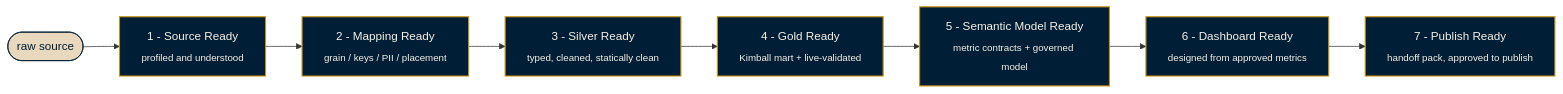
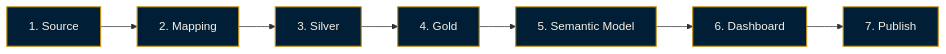
Before and after one commit to ahmed-shaaban-94/Seshat_BI: the first of 2 diagrams in README.md, drawn with Mermaid. The commit also changed other lines of this file and 1 other file, not shown here.

````diff
--- a/README.md
+++ b/README.md
@@ -105,16 +50,8 @@
 ```mermaid
 flowchart LR
-    RAW([raw source]):::raw
-    S1[1 - Source Ready<br/><sub>profiled and understood</sub>]:::stage
-    S2[2 - Mapping Ready<br/><sub>grain / keys / PII / placement</sub>]:::stage
-    S3[3 - Silver Ready<br/><sub>typed, cleaned, statically clean</sub>]:::stage
-    S4[4 - Gold Ready<br/><sub>Kimball mart + live-validated</sub>]:::stage
-    S5[5 - Semantic Model Ready<br/><sub>metric contracts + governed model</sub>]:::stage
-    S6[6 - Dashboard Ready<br/><sub>designed from approved metrics</sub>]:::stage
-    S7[7 - Publish Ready<br/><sub>handoff pack, approved to publish</sub>]:::stage
+    S1[1. Source] --> S2[2. Mapping] --> S3[3. Silver] --> S4[4. Gold]
+    S4 --> S5[5. Semantic Model] --> S6[6. Dashboard] --> S7[7. Publish]
 
-    RAW --> S1 --> S2 --> S3 --> S4 --> S5 --> S6 --> S7
-
-    classDef raw fill:#E8D8BD,stroke:#001E35,stroke-width:1px,color:#001E35;
     classDef stage fill:#001E35,stroke:#C69214,stroke-width:1.5px,color:#F7F1E7;
+    class S1,S2,S3,S4,S5,S6,S7 stage;
 ```
````
